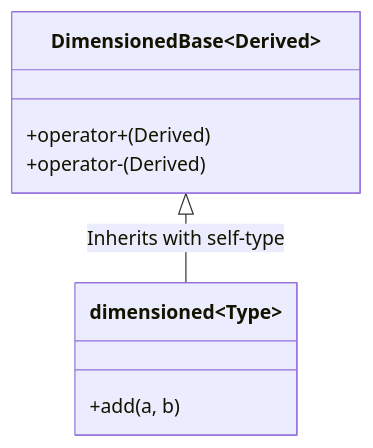
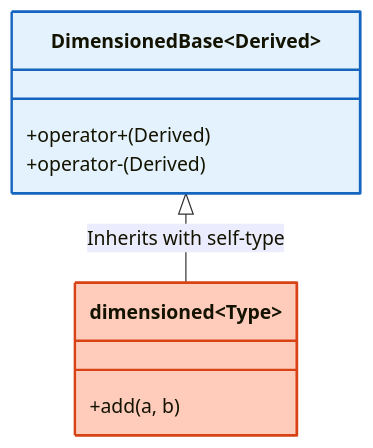
The first of 3 diagrams in MODULE_05_OPENFOAM_PROGRAMMING/CONTENT/02_DIMENSIONED_TYPES/04_Template_Metaprogramming.md (wramet/build-my-cfd), drawn with Mermaid before and after one commit. The commit also changed other lines of this file and 313 other files, not shown here.

Commit message:
Revise all diagram

````diff
--- a/MODULE_05_OPENFOAM_PROGRAMMING/CONTENT/02_DIMENSIONED_TYPES/04_Template_Metaprogramming.md
+++ b/MODULE_05_OPENFOAM_PROGRAMMING/CONTENT/02_DIMENSIONED_TYPES/04_Template_Metaprogramming.md
@@ -5,11 +5,13 @@
 ```mermaid
 classDiagram
-    class DimensionedBase~Derived~ {
-        +operator+(Derived)
-        +operator-(Derived)
-    }
-    class dimensioned~Type~ {
-        +add(a, b)
-    }
-    DimensionedBase <|-- dimensioned : Inherits with self-type
+class DimensionedBase~Derived~{
+    +operator+(Derived)
+    +operator-(Derived)
+}
+class dimensioned~Type~{
+    +add(a, b)
+}
+DimensionedBase <|-- dimensioned : Inherits with self-type
+style DimensionedBase fill:#e3f2fd,stroke:#1565c0,stroke-width:2px
+style dimensioned fill:#ffccbc,stroke:#d84315,stroke-width:2px
 ```
````
